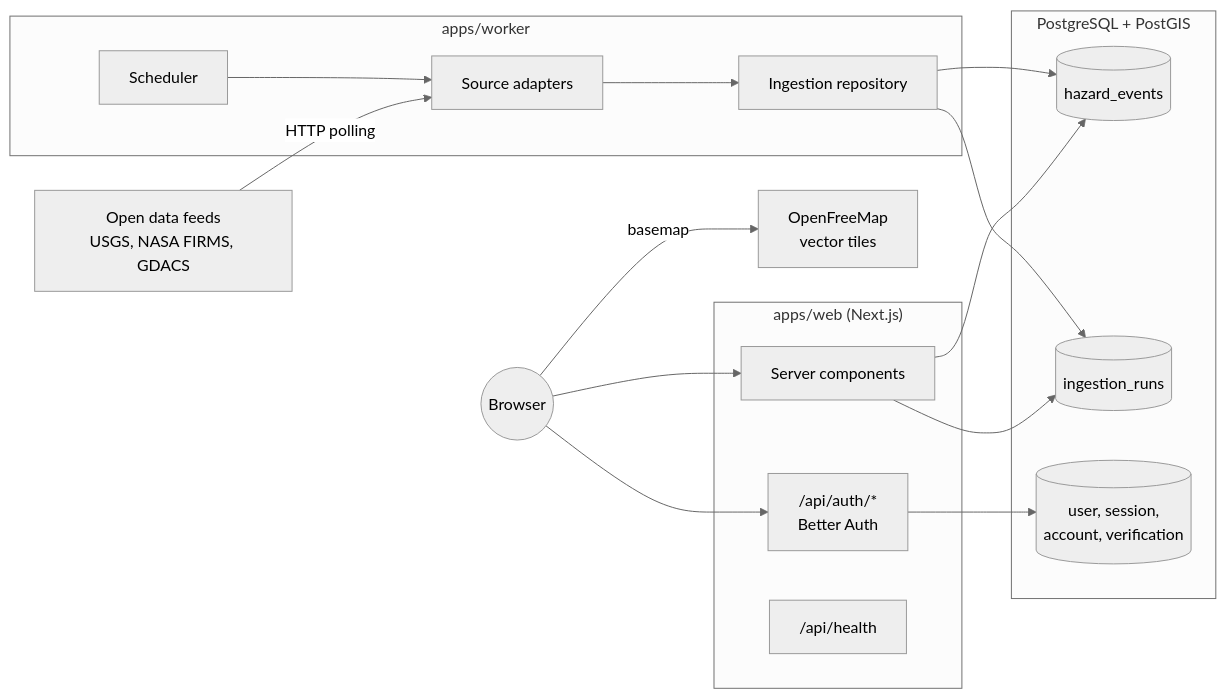
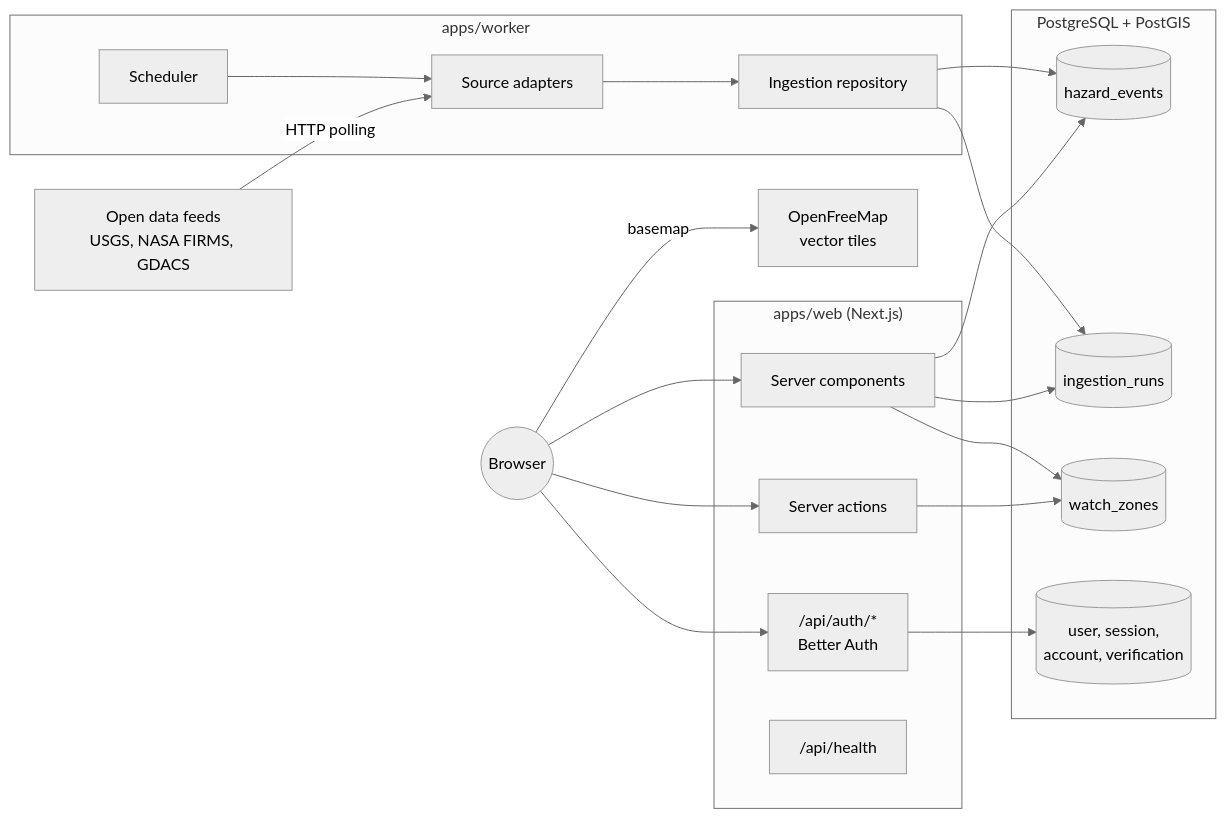
Before and after one commit to HIRATRA/hazardwatch: the first of 2 diagrams in docs/architecture.md, drawn with Mermaid (neutral theme). The commit also changed other lines of this file and 3 other files, not shown here.

First line of the commit message:
docs: document watch zones

````diff
--- a/docs/architecture.md
+++ b/docs/architecture.md
@@ -13,33 +13,38 @@
 ```mermaid
 flowchart LR
     feeds["Open data feeds<br/>USGS, NASA FIRMS, GDACS"]
     browser(("Browser"))
     tiles["OpenFreeMap<br/>vector tiles"]
 
     subgraph worker ["apps/worker"]
         scheduler["Scheduler"] --> adapters["Source adapters"]
         adapters --> repository["Ingestion repository"]
     end
 
     subgraph web ["apps/web (Next.js)"]
         pages["Server components"]
+        actions["Server actions"]
         authApi["/api/auth/*<br/>Better Auth"]
         health["/api/health"]
     end
 
     subgraph database ["PostgreSQL + PostGIS"]
         events[("hazard_events")]
         runs[("ingestion_runs")]
+        zones[("watch_zones")]
         authTables[("user, session,<br/>account, verification")]
     end
 
     feeds -- "HTTP polling" --> adapters
     repository --> events
     repository --> runs
     browser --> pages
+    browser --> actions
     browser --> authApi
     browser -- "basemap" --> tiles
     pages --> events
     pages --> runs
+    pages --> zones
+    actions --> zones
     authApi --> authTables
 ```
````
